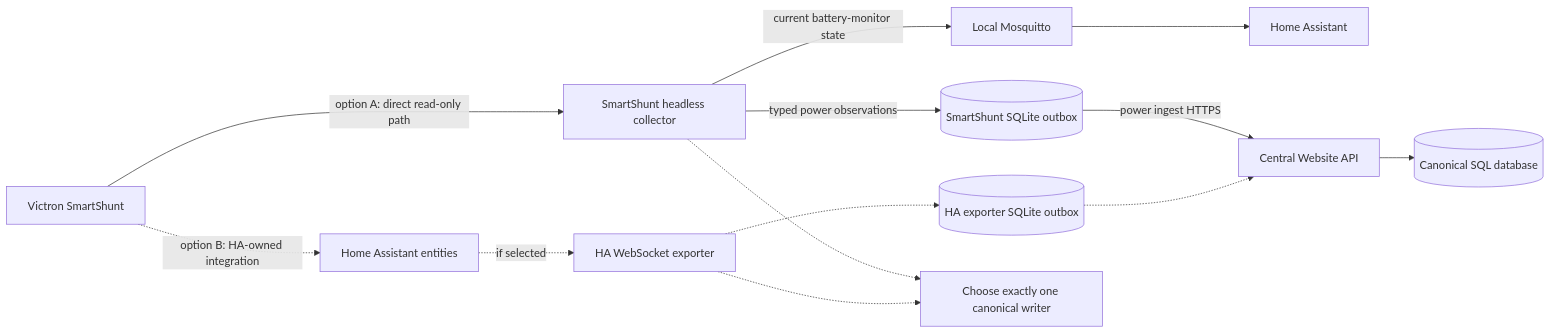
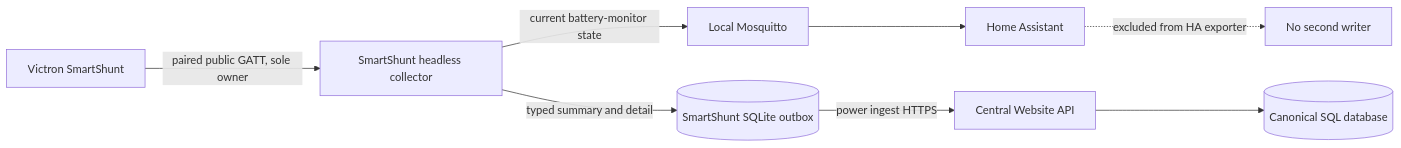
The fifth of 8 diagrams in docs/architecture/EDGE_DATA_FLOWS.md (HualapaiValley/HVO.WebSite), drawn with Mermaid before and after one commit. The commit also changed other lines of this file and 97 other files, not shown here.

First line of the commit message:
refactor(smartshunt): port collector to headless vNext runtime (#343)

````diff
--- a/docs/architecture/EDGE_DATA_FLOWS.md
+++ b/docs/architecture/EDGE_DATA_FLOWS.md
@@ -115,16 +115,10 @@
 ```mermaid
 flowchart LR
-    SHUNT[Victron SmartShunt] -->|option A: direct read-only path| COL[SmartShunt headless collector]
+    SHUNT[Victron SmartShunt] -->|paired public GATT, sole owner| COL[SmartShunt headless collector]
     COL -->|current battery-monitor state| MQTT[Local Mosquitto]
     MQTT --> HA[Home Assistant]
-    COL -->|typed power observations| OUT[(SmartShunt SQLite outbox)]
+    COL -->|typed summary and detail| OUT[(SmartShunt SQLite outbox)]
     OUT -->|power ingest HTTPS| API[Central Website API]
     API --> DB[(Canonical SQL database)]
-
-    SHUNT -. option B: HA-owned integration .-> HAE[Home Assistant entities]
-    HAE -. if selected .-> EXP[HA WebSocket exporter]
-    EXP -.-> EOUT[(HA exporter SQLite outbox)]
-    EOUT -.-> API
-    COL -.-> RULE[Choose exactly one canonical writer]
-    EXP -.-> RULE
+    HA -. excluded from HA exporter .-> X[No second writer]
 ```
````
